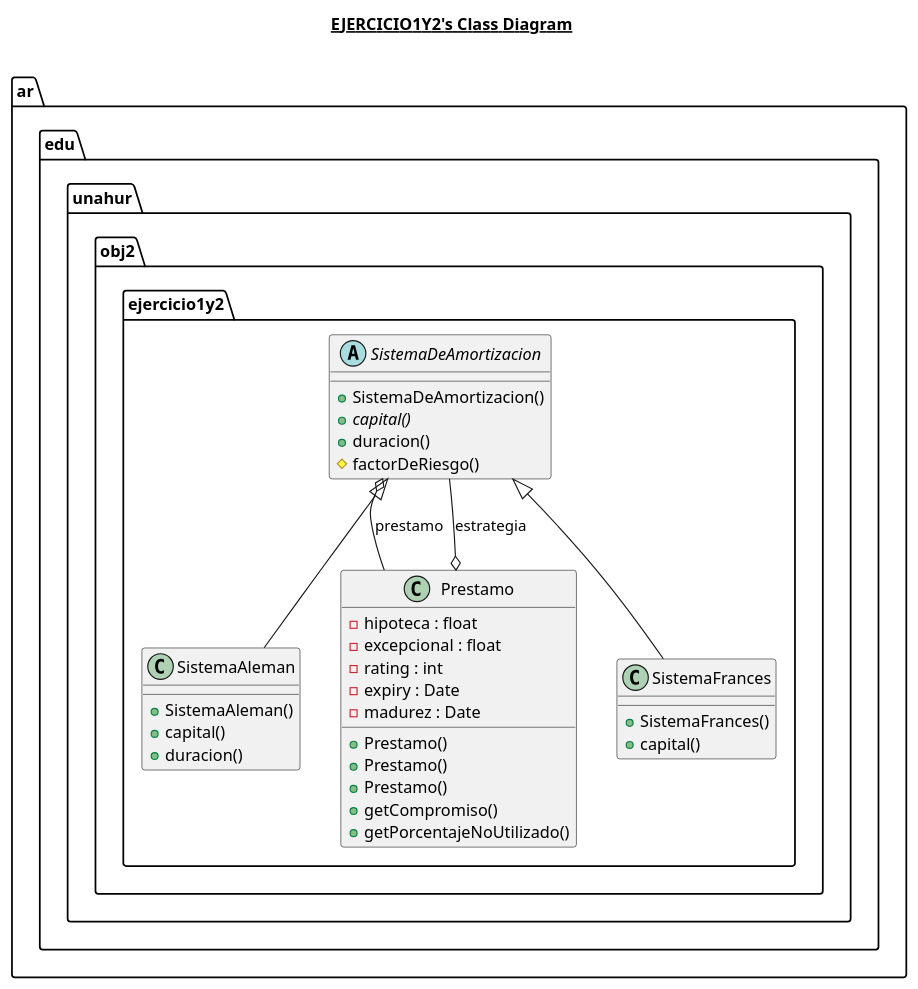
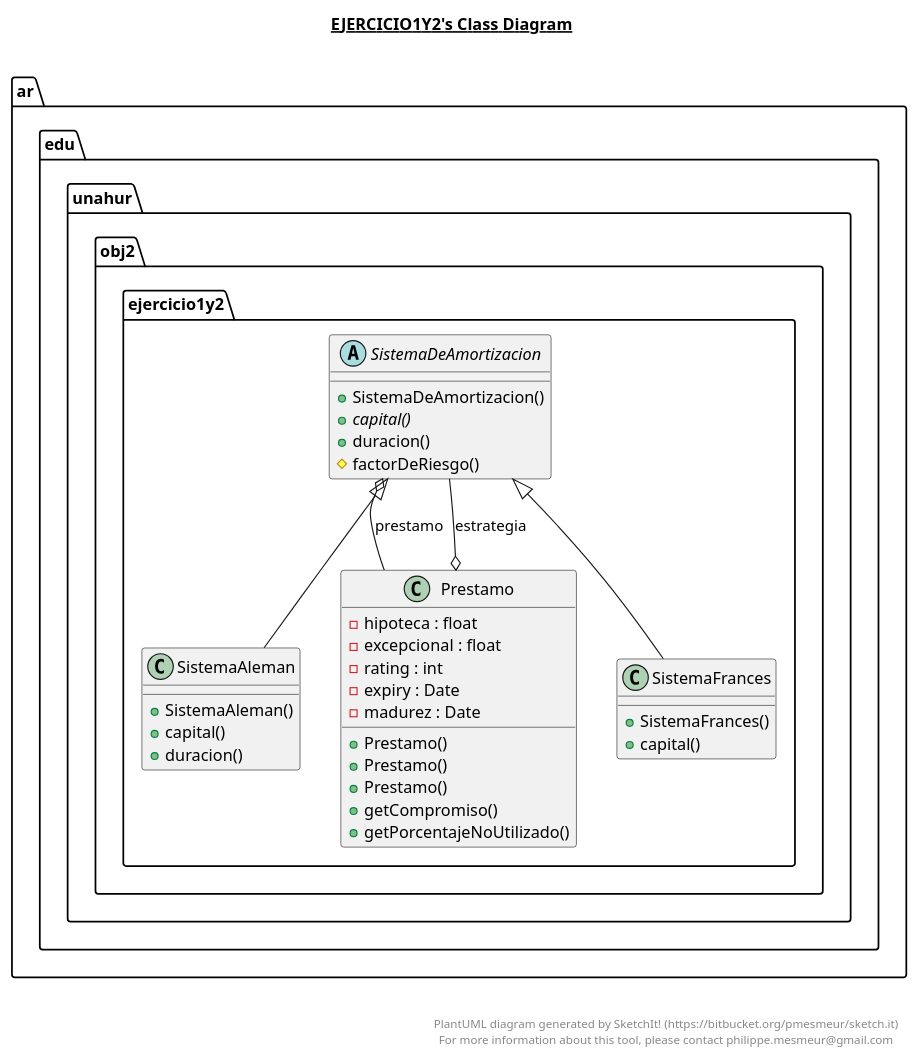
Before and after one commit to obj2-unahur/guia-ejercicios-patrones: the diagram in src/guia/java/ar/edu/unahur/obj2/ejercicio1y2/ejercicio1y2.plantuml, drawn with PlantUML. The commit also changed 9 other files, not shown here.

Commit message:
ejercicio 3 cod + uml

```diff
--- a/src/guia/java/ar/edu/unahur/obj2/ejercicio1y2/ejercicio1y2.plantuml
+++ b/src/guia/java/ar/edu/unahur/obj2/ejercicio1y2/ejercicio1y2.plantuml
@@ -1,63 +1,69 @@
 @startuml
 
 title __EJERCICIO1Y2's Class Diagram__\n
 
   package ar.edu.unahur.obj2 {
     package ar.edu.unahur.obj2.ejercicio1y2 {
       class Prestamo {
           - hipoteca : float
           - excepcional : float
           - rating : int
           - expiry : Date
           - madurez : Date
           + Prestamo()
           + Prestamo()
           + Prestamo()
           + getCompromiso()
           + getPorcentajeNoUtilizado()
       }
     }
   }
   
 
   package ar.edu.unahur.obj2 {
     package ar.edu.unahur.obj2.ejercicio1y2 {
       class SistemaAleman {
           + SistemaAleman()
           + capital()
           + duracion()
       }
     }
   }
   
 
   package ar.edu.unahur.obj2 {
     package ar.edu.unahur.obj2.ejercicio1y2 {
       abstract class SistemaDeAmortizacion {
           + SistemaDeAmortizacion()
           {abstract} + capital()
           + duracion()
           # factorDeRiesgo()
       }
     }
   }
   
 
   package ar.edu.unahur.obj2 {
     package ar.edu.unahur.obj2.ejercicio1y2 {
       class SistemaFrances {
           + SistemaFrances()
           + capital()
       }
     }
   }
   
 
   Prestamo o-- SistemaDeAmortizacion : estrategia
   SistemaAleman -up-|> SistemaDeAmortizacion
   SistemaDeAmortizacion o-- Prestamo : prestamo
   SistemaFrances -up-|> SistemaDeAmortizacion
 
 
+right footer
+
+
+PlantUML diagram generated by SketchIt! (https://bitbucket.org/pmesmeur/sketch.it)
+For more information about this tool, please contact philippe.mesmeur@gmail.com
+endfooter
 
 @enduml
```
